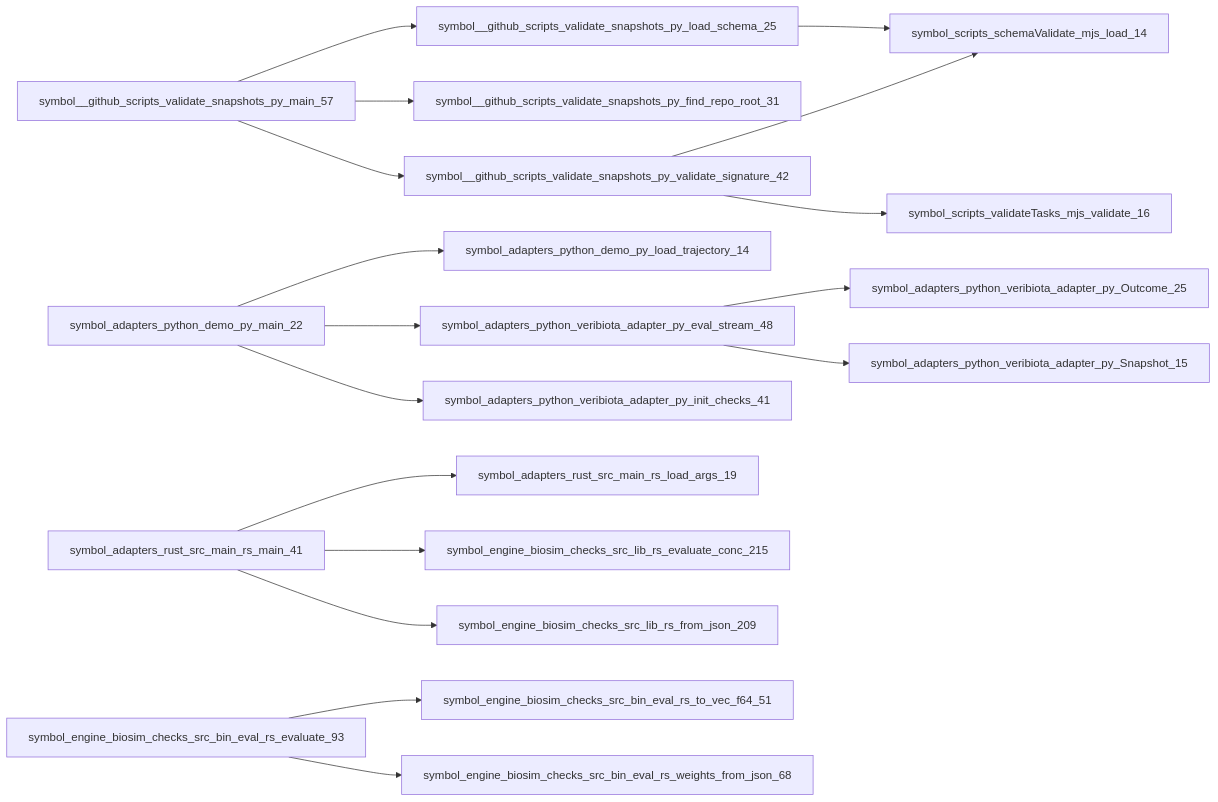
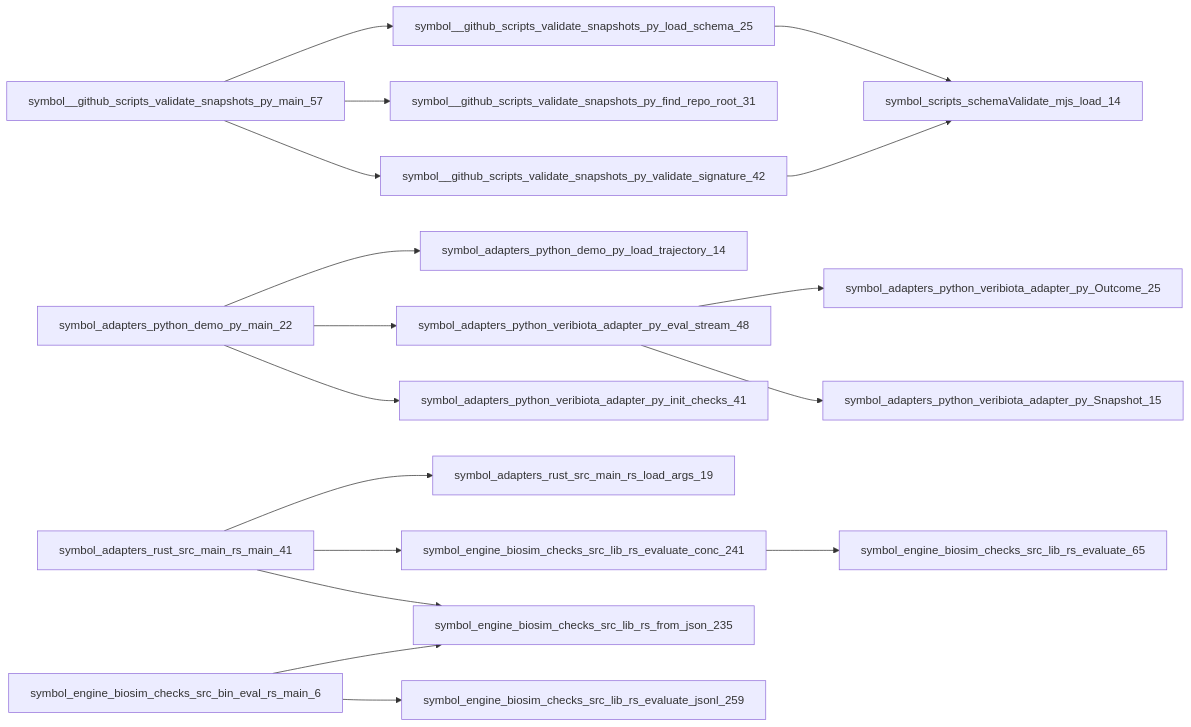
The third of 8 diagrams in docs/wiki/diagrams.md (OmnisGenomics/VeriBiota), drawn with Mermaid before and after one commit. The commit also changed other lines of this file and 27 other files, not shown here.

````diff
--- a/docs/wiki/diagrams.md
+++ b/docs/wiki/diagrams.md
@@ -168,20 +168,20 @@
 ```mermaid
 graph LR
   symbol__github_scripts_validate_snapshots_py_load_schema_25 --> symbol_scripts_schemaValidate_mjs_load_14
   symbol__github_scripts_validate_snapshots_py_main_57 --> symbol__github_scripts_validate_snapshots_py_find_repo_root_31
   symbol__github_scripts_validate_snapshots_py_main_57 --> symbol__github_scripts_validate_snapshots_py_load_schema_25
   symbol__github_scripts_validate_snapshots_py_main_57 --> symbol__github_scripts_validate_snapshots_py_validate_signature_42
   symbol__github_scripts_validate_snapshots_py_validate_signature_42 --> symbol_scripts_schemaValidate_mjs_load_14
-  symbol__github_scripts_validate_snapshots_py_validate_signature_42 --> symbol_scripts_validateTasks_mjs_validate_16
   symbol_adapters_python_demo_py_main_22 --> symbol_adapters_python_demo_py_load_trajectory_14
   symbol_adapters_python_demo_py_main_22 --> symbol_adapters_python_veribiota_adapter_py_eval_stream_48
   symbol_adapters_python_demo_py_main_22 --> symbol_adapters_python_veribiota_adapter_py_init_checks_41
   symbol_adapters_python_veribiota_adapter_py_eval_stream_48 --> symbol_adapters_python_veribiota_adapter_py_Outcome_25
   symbol_adapters_python_veribiota_adapter_py_eval_stream_48 --> symbol_adapters_python_veribiota_adapter_py_Snapshot_15
   symbol_adapters_rust_src_main_rs_main_41 --> symbol_adapters_rust_src_main_rs_load_args_19
-  symbol_adapters_rust_src_main_rs_main_41 --> symbol_engine_biosim_checks_src_lib_rs_evaluate_conc_215
-  symbol_adapters_rust_src_main_rs_main_41 --> symbol_engine_biosim_checks_src_lib_rs_from_json_209
-  symbol_engine_biosim_checks_src_bin_eval_rs_evaluate_93 --> symbol_engine_biosim_checks_src_bin_eval_rs_to_vec_f64_51
-  symbol_engine_biosim_checks_src_bin_eval_rs_evaluate_93 --> symbol_engine_biosim_checks_src_bin_eval_rs_weights_from_json_68
+  symbol_adapters_rust_src_main_rs_main_41 --> symbol_engine_biosim_checks_src_lib_rs_evaluate_conc_241
+  symbol_adapters_rust_src_main_rs_main_41 --> symbol_engine_biosim_checks_src_lib_rs_from_json_235
+  symbol_engine_biosim_checks_src_bin_eval_rs_main_6 --> symbol_engine_biosim_checks_src_lib_rs_evaluate_jsonl_259
+  symbol_engine_biosim_checks_src_bin_eval_rs_main_6 --> symbol_engine_biosim_checks_src_lib_rs_from_json_235
+  symbol_engine_biosim_checks_src_lib_rs_evaluate_conc_241 --> symbol_engine_biosim_checks_src_lib_rs_evaluate_65
 
 ```
````
